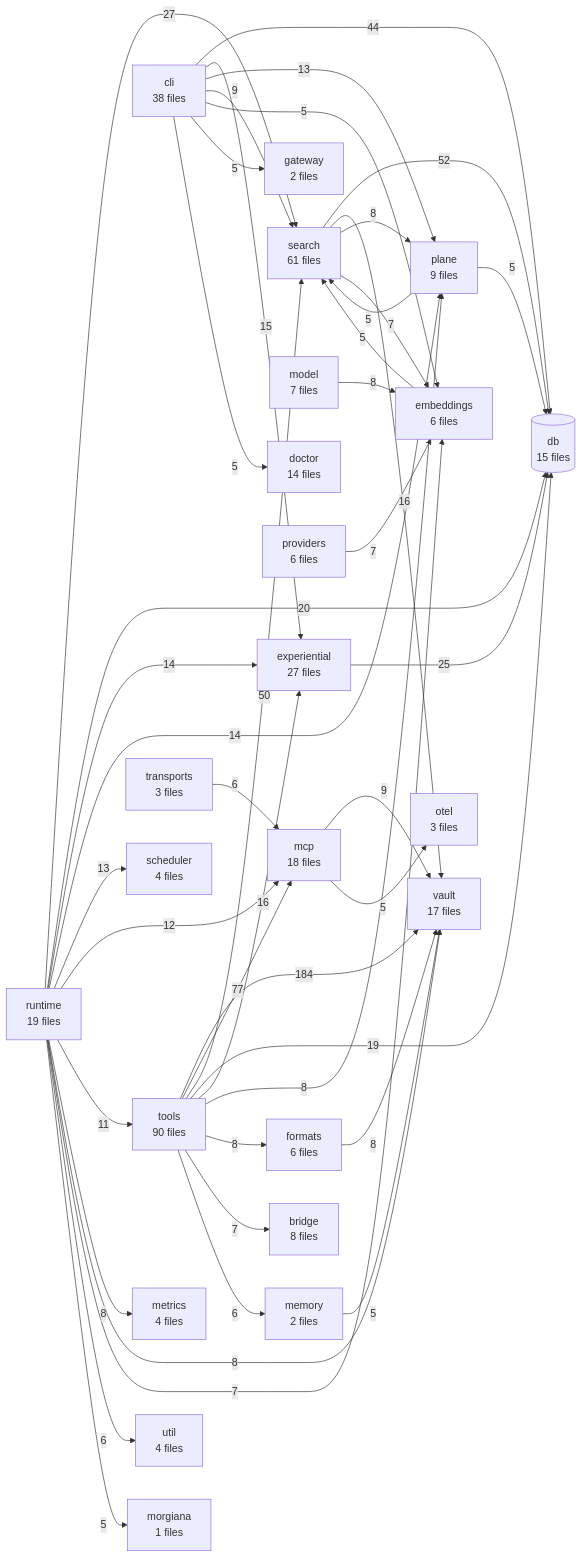
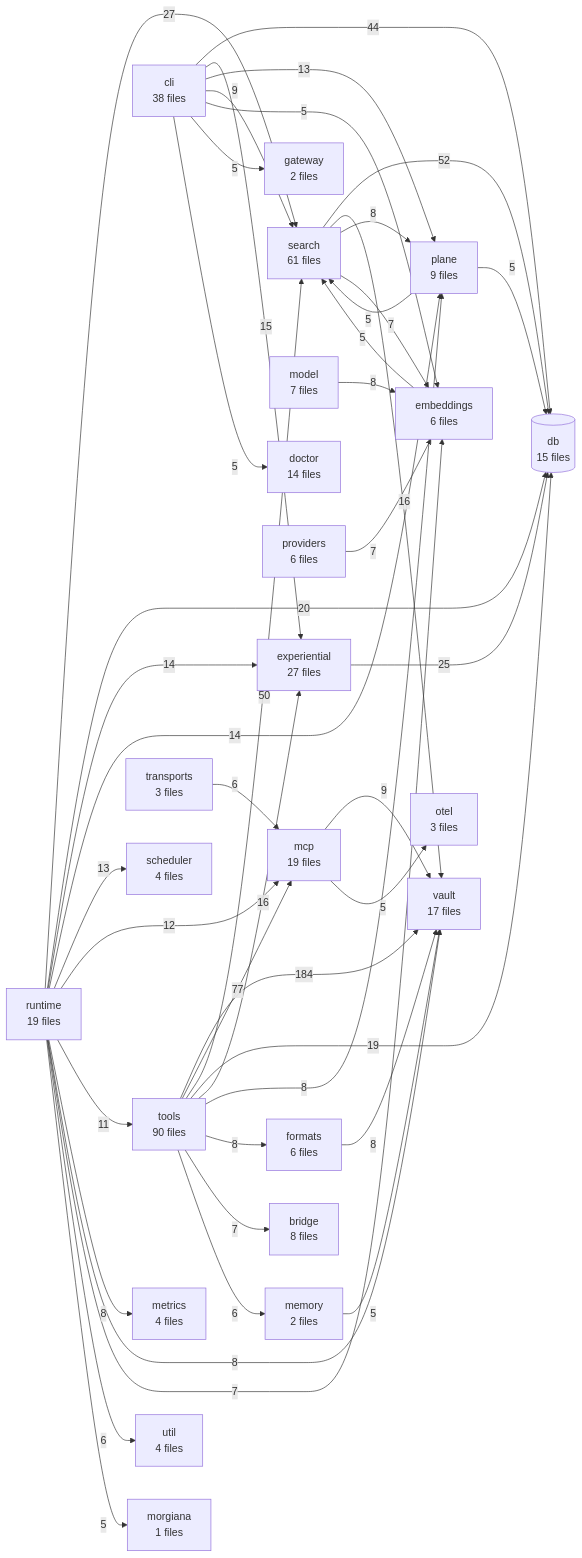
One commit to The-40-Thieves/obsidian-tc changed the diagram in TREE.md. Above: the diagram before and after it, drawn with Mermaid. The commit also changed other lines of this file and 6 other files, not shown here.

````diff
--- a/TREE.md
+++ b/TREE.md
@@ -309,70 +309,70 @@
 ```mermaid
 flowchart LR
   tools[tools<br/>90 files]
   search[search<br/>61 files]
   cli[cli<br/>38 files]
   experiential[experiential<br/>27 files]
+  mcp[mcp<br/>19 files]
   runtime[runtime<br/>19 files]
-  mcp[mcp<br/>18 files]
   vault[vault<br/>17 files]
   db[(db<br/>15 files)]
   doctor[doctor<br/>14 files]
   plane[plane<br/>9 files]
   bridge[bridge<br/>8 files]
   model[model<br/>7 files]
   embeddings[embeddings<br/>6 files]
   formats[formats<br/>6 files]
   providers[providers<br/>6 files]
   metrics[metrics<br/>4 files]
   scheduler[scheduler<br/>4 files]
   util[util<br/>4 files]
   otel[otel<br/>3 files]
   transports[transports<br/>3 files]
   gateway[gateway<br/>2 files]
   memory[memory<br/>2 files]
   morgiana[morgiana<br/>1 files]
 
   tools -->|184| vault
   tools -->|77| mcp
   search -->|52| db
   tools -->|50| search
   cli -->|44| db
   runtime -->|27| search
   experiential -->|25| db
   runtime -->|20| db
   tools -->|19| db
   search -->|16| vault
   tools -->|16| experiential
   cli -->|15| experiential
   runtime -->|14| experiential
   runtime -->|14| plane
   cli -->|13| plane
   runtime -->|13| scheduler
   runtime -->|12| mcp
   runtime -->|11| tools
   cli -->|9| search
   mcp -->|9| vault
   formats -->|8| vault
   model -->|8| embeddings
   runtime -->|8| metrics
   runtime -->|8| vault
   search -->|8| plane
   tools -->|8| plane
   tools -->|8| formats
   providers -->|7| embeddings
   runtime -->|7| embeddings
   search -->|7| embeddings
   tools -->|7| bridge
   runtime -->|6| util
   tools -->|6| memory
   transports -->|6| mcp
   cli -->|5| embeddings
   cli -->|5| gateway
   cli -->|5| doctor
   embeddings -->|5| search
   mcp -->|5| otel
   memory -->|5| vault
   plane -->|5| db
   plane -->|5| search
   runtime -->|5| morgiana
 ```
````
